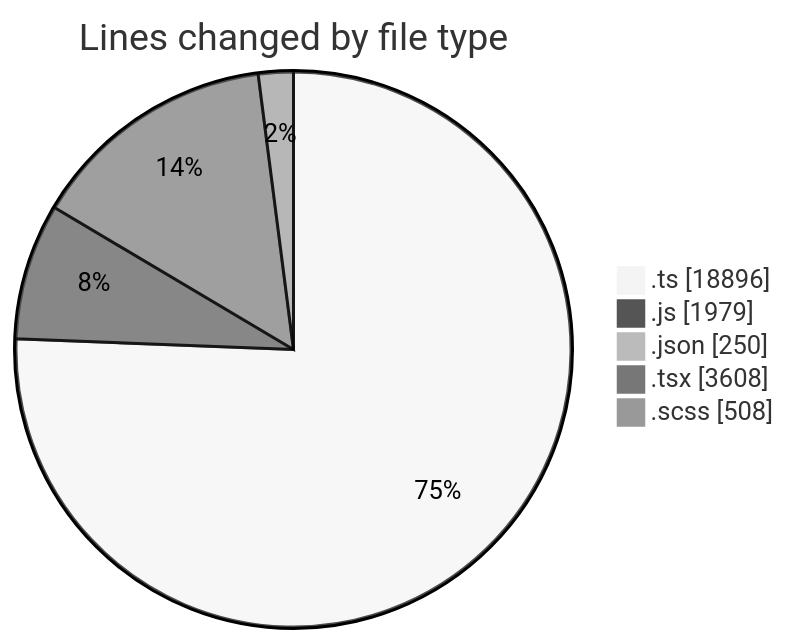
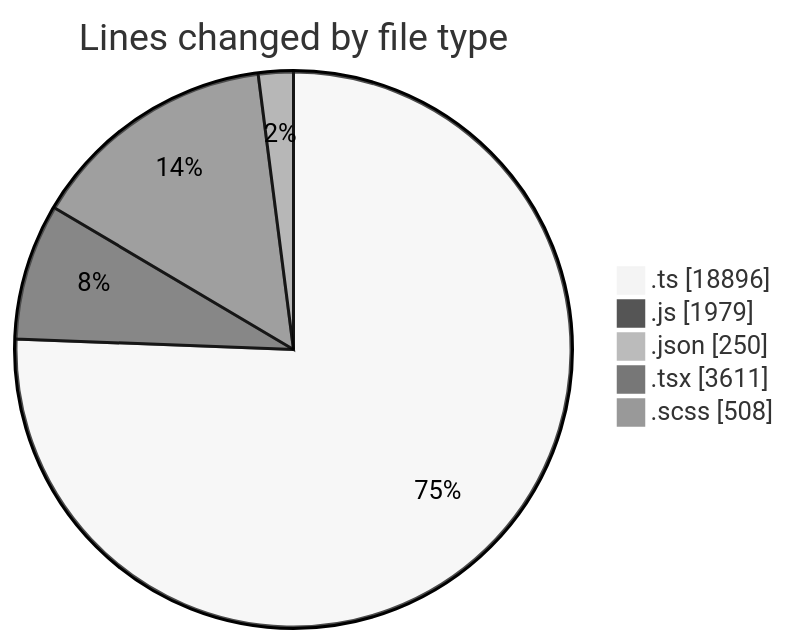
One commit to momahboobian/code-tracking changed the first of 2 diagrams in 2026-06-18/cda/README.md. Above: the diagram before and after it, drawn with Mermaid (neutral theme). The commit also changed other lines of this file and 1 other file, not shown here.

````diff
--- a/2026-06-18/cda/README.md
+++ b/2026-06-18/cda/README.md
@@ -69,9 +69,9 @@
 ```mermaid
 pie showData
 title Lines changed by file type
 ".ts" : 18896
 ".js" : 1979
 ".json" : 250
-".tsx" : 3608
+".tsx" : 3611
 ".scss" : 508
 ```
````
